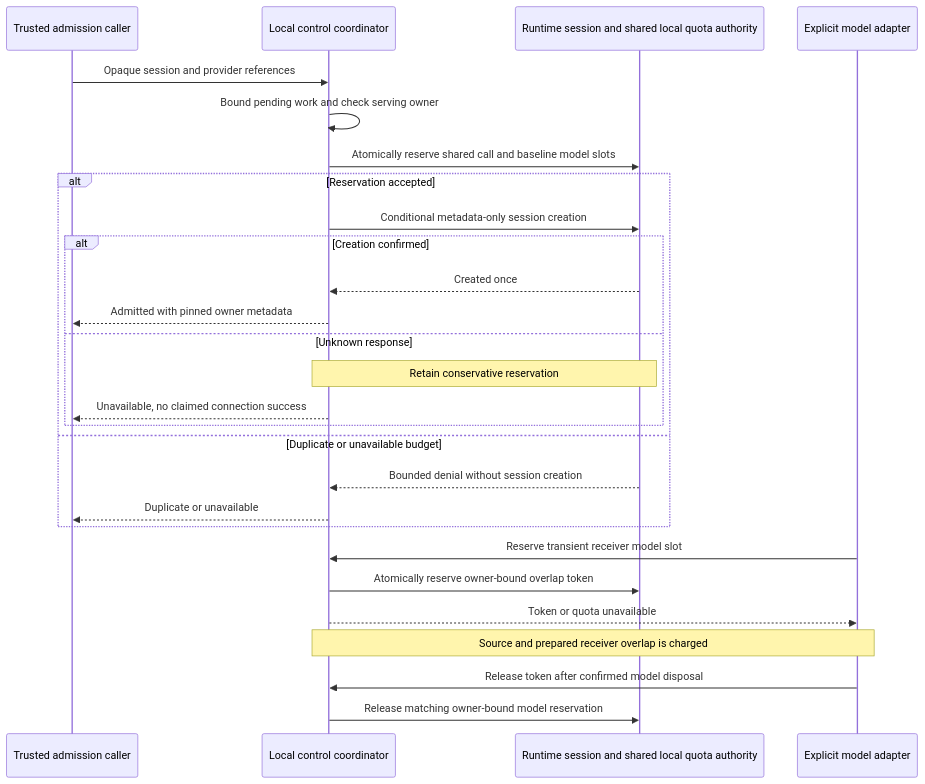
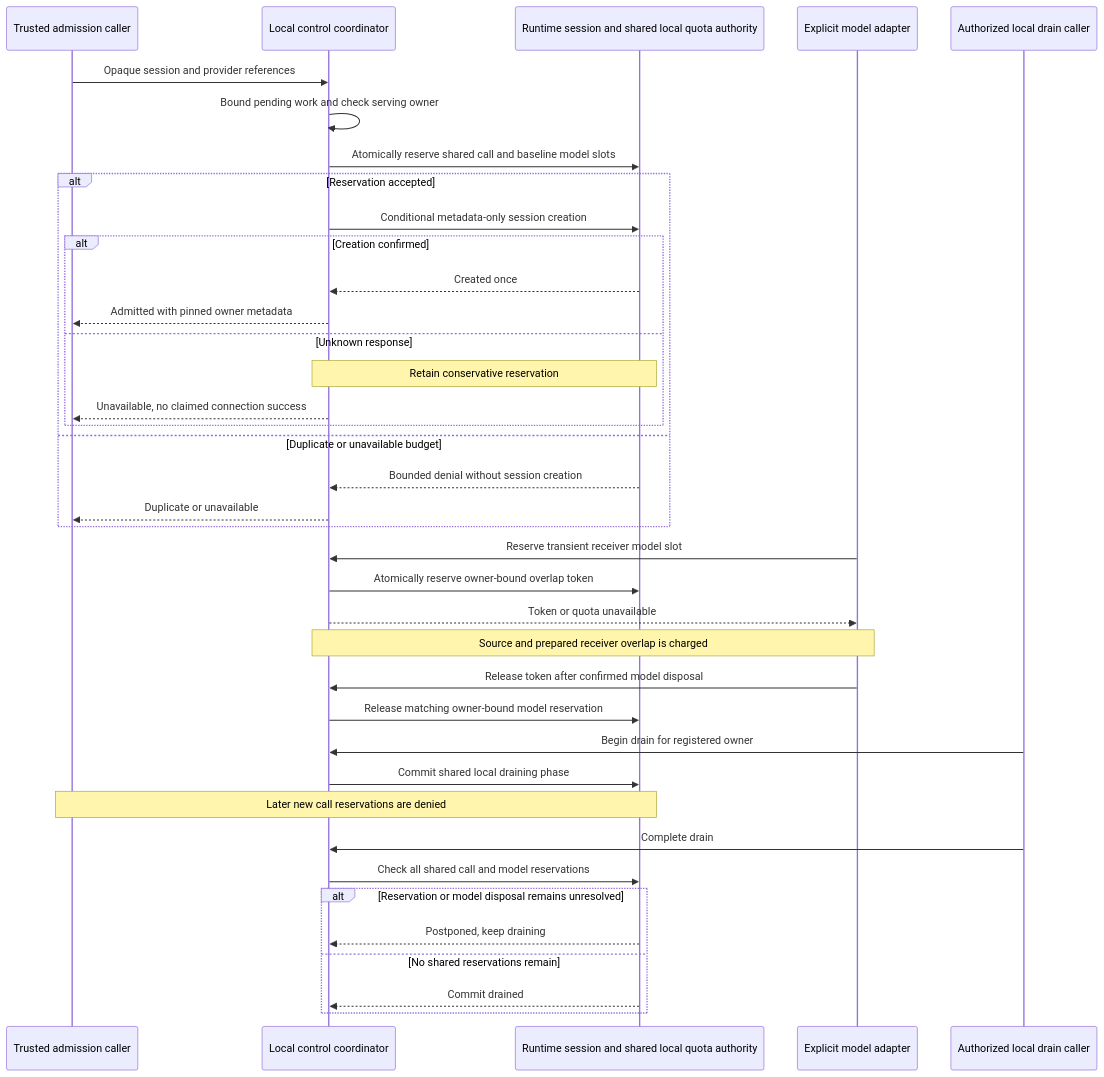
The first of 2 diagrams in code/docs/acceptance/us6.md (marvinbuss/caller-ai), drawn with Mermaid before and after one commit. The commit also changed other lines of this file and 5 other files, not shown here.

First line of the commit message:
Share local owner drain phase with quota reservations

````diff
--- a/code/docs/acceptance/us6.md
+++ b/code/docs/acceptance/us6.md
@@ -170,29 +198,40 @@
 ```mermaid
 sequenceDiagram
     participant Admission as Trusted admission caller
     participant Capacity as Local control coordinator
     participant Store as Runtime session and shared local quota authority
     participant Model as Explicit model adapter
+    participant Operator as Authorized local drain caller
     Admission->>Capacity: Opaque session and provider references
     Capacity->>Capacity: Bound pending work and check serving owner
     Capacity->>Store: Atomically reserve shared call and baseline model slots
     alt Reservation accepted
         Capacity->>Store: Conditional metadata-only session creation
         alt Creation confirmed
             Store-->>Capacity: Created once
             Capacity-->>Admission: Admitted with pinned owner metadata
         else Unknown response
             Note over Capacity,Store: Retain conservative reservation
             Capacity-->>Admission: Unavailable, no claimed connection success
         end
     else Duplicate or unavailable budget
         Store-->>Capacity: Bounded denial without session creation
         Capacity-->>Admission: Duplicate or unavailable
     end
     Model->>Capacity: Reserve transient receiver model slot
     Capacity->>Store: Atomically reserve owner-bound overlap token
     Capacity-->>Model: Token or quota unavailable
     Note over Capacity,Model: Source and prepared receiver overlap is charged
     Model->>Capacity: Release token after confirmed model disposal
     Capacity->>Store: Release matching owner-bound model reservation
+    Operator->>Capacity: Begin drain for registered owner
+    Capacity->>Store: Commit shared local draining phase
+    Note over Admission,Store: Later new call reservations are denied
+    Operator->>Capacity: Complete drain
+    Capacity->>Store: Check all shared call and model reservations
+    alt Reservation or model disposal remains unresolved
+        Store-->>Capacity: Postponed, keep draining
+    else No shared reservations remain
+        Store-->>Capacity: Commit drained
+    end
 ```
````
